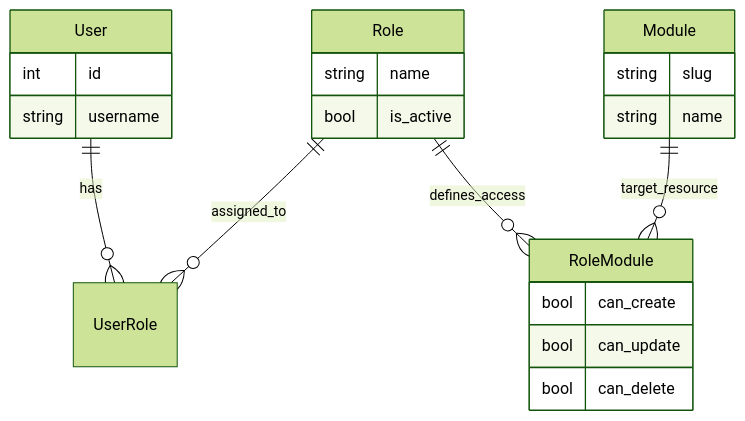
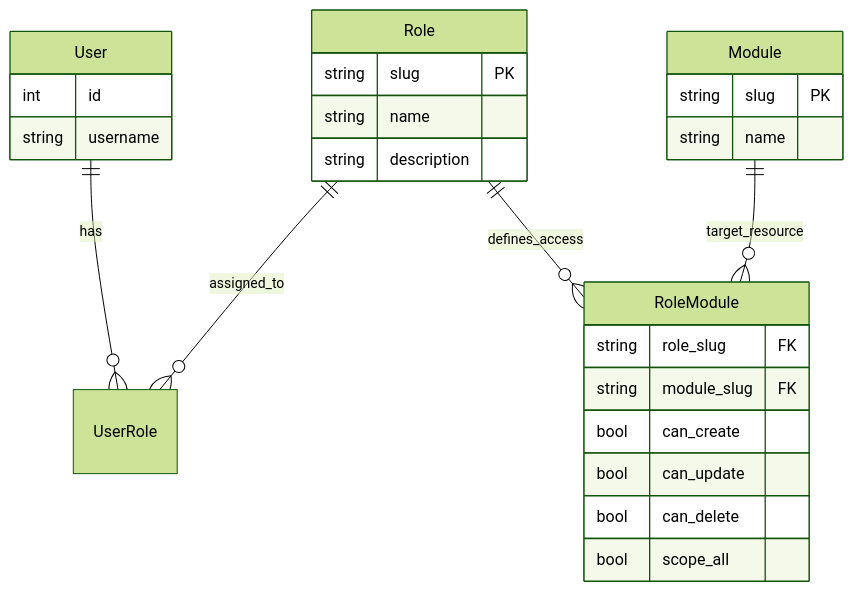
The diagram in docs/RBAC_GUIDE.md (henrytaby/uyuni-backend-py), drawn with Mermaid (forest theme) before and after one commit. The commit also changed other lines of this file and 1 other file, not shown here.

Commit message:
feat: Introduce `slug` identifiers for roles and modules, add `scope_all` permission for data visibility, and update RBAC documentation and API examples.

````diff
--- a/docs/RBAC_GUIDE.md
+++ b/docs/RBAC_GUIDE.md
@@ -17,25 +21,29 @@
 ```mermaid
 erDiagram
     User ||--o{ UserRole : has
     Role ||--o{ UserRole : assigned_to
     Role ||--o{ RoleModule : defines_access
     Module ||--o{ RoleModule : target_resource
     
     User {
         int id
         string username
     }
     Role {
+        string slug PK
         string name
-        bool is_active
+        string description
     }
     RoleModule {
+        string role_slug FK
+        string module_slug FK
         bool can_create
         bool can_update
         bool can_delete
+        bool scope_all
     }
     Module {
-        string slug
+        string slug PK
         string name
     }
 ```
````
